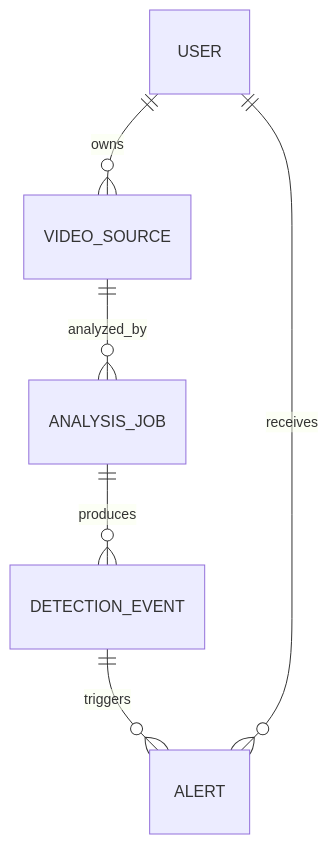
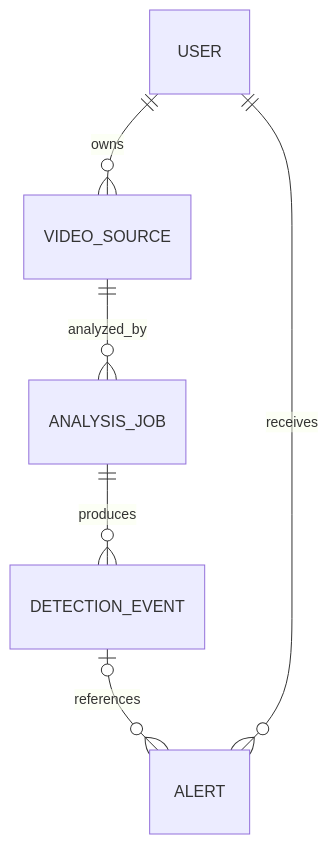
Before and after one commit to KiHyeonLee1121/APAP-test: the fourth of 4 diagrams in docs/architecture.md, drawn with Mermaid. The commit also changed other lines of this file and 6 other files, not shown here.

````diff
--- a/docs/architecture.md
+++ b/docs/architecture.md
@@ -118,8 +117,8 @@
 ```mermaid
 erDiagram
     USER ||--o{ VIDEO_SOURCE : owns
     VIDEO_SOURCE ||--o{ ANALYSIS_JOB : analyzed_by
     ANALYSIS_JOB ||--o{ DETECTION_EVENT : produces
-    DETECTION_EVENT ||--o{ ALERT : triggers
+    DETECTION_EVENT |o--o{ ALERT : references
     USER ||--o{ ALERT : receives
 ```
````
